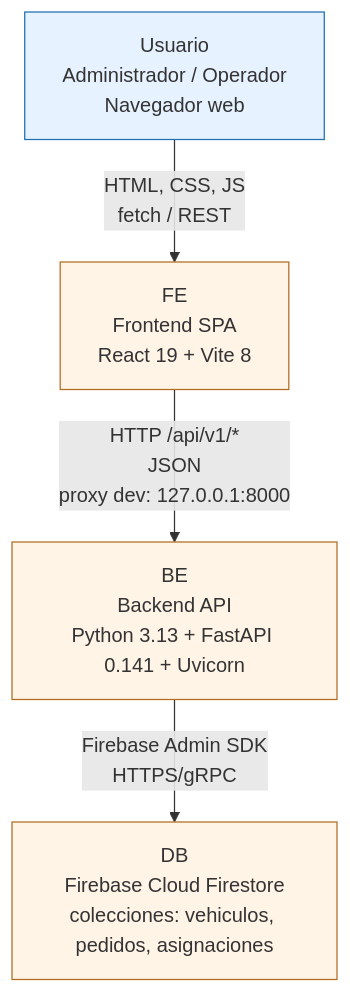
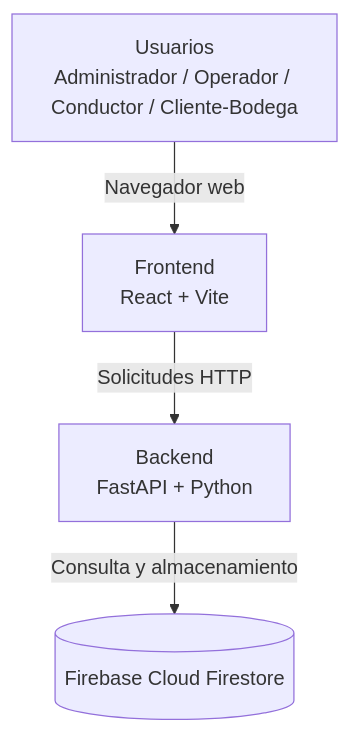
One commit to DayanaJC/EcoRuta-Wanka changed the second of 4 diagrams in docs/01 Inicio/12. Modelo C4 V_1_0_0.md. Above: the diagram before and after it, drawn with Mermaid. The commit also changed other lines of this file and 16 other files, not shown here.

````diff
--- a/docs/01 Inicio/12. Modelo C4 V_1_0_0.md
+++ b/docs/01 Inicio/12. Modelo C4 V_1_0_0.md
@@ -44,11 +69,15 @@
 ```mermaid
 flowchart TB
-    U[Usuario<br/>Administrador / Operador<br/>Navegador web] -->|HTML, CSS, JS<br/>fetch / REST| FE[FE<br/>Frontend SPA<br/>React 19 + Vite 8]
-    FE -->|HTTP /api/v1/*<br/>JSON<br/>proxy dev: 127.0.0.1:8000| BE[BE<br/>Backend API<br/>Python 3.13 + FastAPI 0.141 + Uvicorn]
-    BE -->|Firebase Admin SDK<br/>HTTPS/gRPC| DB[DB<br/>Firebase Cloud Firestore<br/>colecciones: vehiculos, pedidos, asignaciones]
 
-    classDef def fill:#e6f2ff,stroke:#1f6fb2,stroke-width:1px
-    class U def
-    classDef ext fill:#fff4e6,stroke:#b26b1f,stroke-width:1px
-    class FE,BE,DB ext
+    U[Usuarios<br/>Administrador / Operador / Conductor / Cliente-Bodega]
+    
+    FE[Frontend<br/>React + Vite]
+    
+    BE[Backend<br/>FastAPI + Python]
+    
+    DB[(Firebase Cloud Firestore)]
+
+    U -->|Navegador web| FE
+    FE -->|Solicitudes HTTP| BE
+    BE -->|Consulta y almacenamiento| DB
 ```
````
